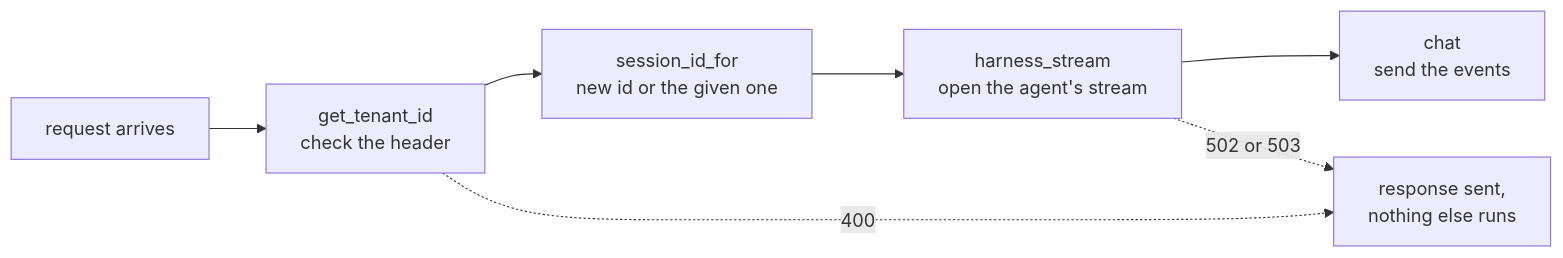
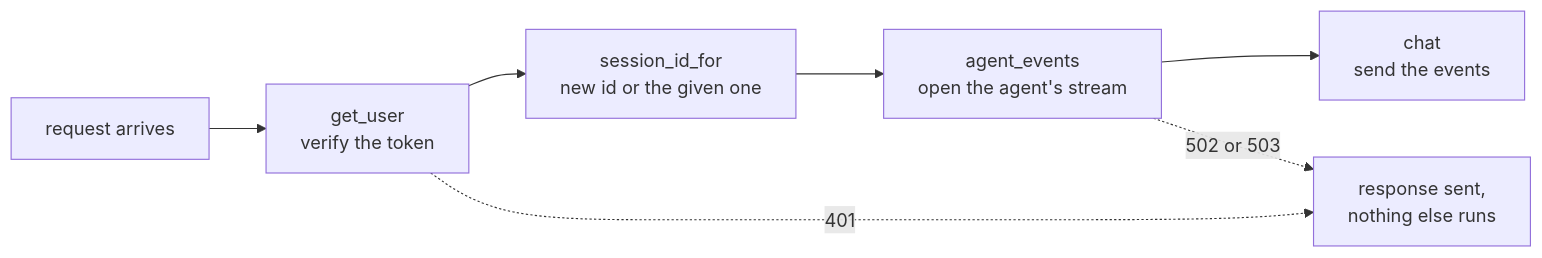
One commit to yashzord/Docs_Copilot changed the sixth of 21 diagrams in docs/course.md. Above: the diagram before and after it, drawn with Mermaid. The commit also changed other lines of this file and 5 other files, not shown here.

````diff
--- a/docs/course.md
+++ b/docs/course.md
@@ -540,9 +540,9 @@
 ```mermaid
 flowchart LR
-    R[request arrives] --> T[get_tenant_id<br/>check the header]
+    R[request arrives] --> T[get_user<br/>verify the token]
     T --> I[session_id_for<br/>new id or the given one]
-    I --> S[harness_stream<br/>open the agent's stream]
+    I --> S[agent_events<br/>open the agent's stream]
     S --> C[chat<br/>send the events]
-    T -.400.-> X[response sent,<br/>nothing else runs]
+    T -.401.-> X[response sent,<br/>nothing else runs]
     S -.502 or 503.-> X
 ```
````
